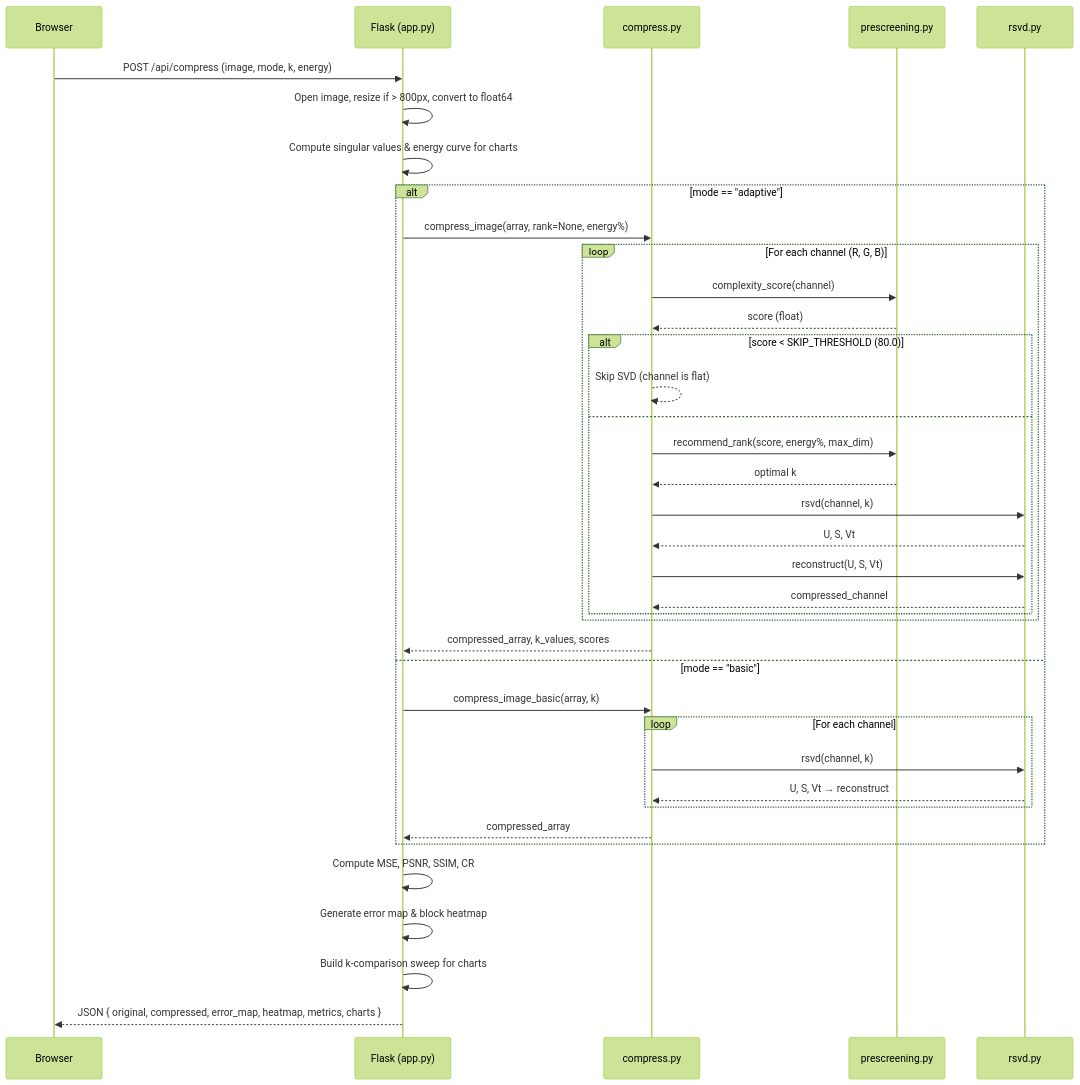
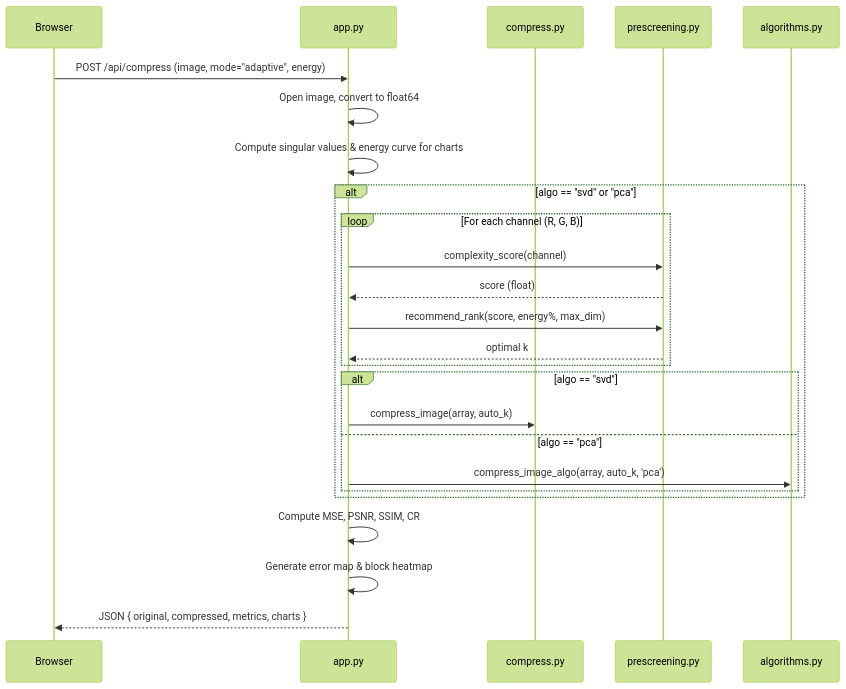
Before and after one commit to raghavkp2006-ux/svdcompressor: the second of 2 diagrams in README.md, drawn with Mermaid (forest theme). The commit also changed other lines of this file and 6 other files, not shown here.

Commit message:
Implement PCA, NMF, DCT, Adaptive mode for PCA, and Algorithm Speed Benchmark

````diff
--- a/README.md
+++ b/README.md
@@ -47,43 +56,32 @@
 ```mermaid
 sequenceDiagram
     participant Browser
-    participant Flask as Flask (app.py)
+    participant Flask as app.py
     participant compress as compress.py
     participant prescreening as prescreening.py
-    participant rsvd as rsvd.py
+    participant algo as algorithms.py
 
-    Browser->>Flask: POST /api/compress (image, mode, k, energy)
-    Flask->>Flask: Open image, resize if > 800px, convert to float64
+    Browser->>Flask: POST /api/compress (image, mode="adaptive", energy)
+    Flask->>Flask: Open image, convert to float64
     Flask->>Flask: Compute singular values & energy curve for charts
 
-    alt mode == "adaptive"
-        Flask->>compress: compress_image(array, rank=None, energy%)
+    alt algo == "svd" or "pca"
         loop For each channel (R, G, B)
-            compress->>prescreening: complexity_score(channel)
-            prescreening-->>compress: score (float)
-            alt score < SKIP_THRESHOLD (80.0)
-                compress-->>compress: Skip SVD (channel is flat)
-            else
-                compress->>prescreening: recommend_rank(score, energy%, max_dim)
-                prescreening-->>compress: optimal k
-                compress->>rsvd: rsvd(channel, k)
-                rsvd-->>compress: U, S, Vt
-                compress->>rsvd: reconstruct(U, S, Vt)
-                rsvd-->>compress: compressed_channel
-            end
+            Flask->>prescreening: complexity_score(channel)
+            prescreening-->>Flask: score (float)
+            Flask->>prescreening: recommend_rank(score, energy%, max_dim)
+            prescreening-->>Flask: optimal k
         end
-        compress-->>Flask: compressed_array, k_values, scores
-    else mode == "basic"
-        Flask->>compress: compress_image_basic(array, k)
-        loop For each channel
-            compress->>rsvd: rsvd(channel, k)
-            rsvd-->>compress: U, S, Vt → reconstruct
+        
+        alt algo == "svd"
+            Flask->>compress: compress_image(array, auto_k)
+        else algo == "pca"
+            Flask->>algo: compress_image_algo(array, auto_k, 'pca')
         end
-        compress-->>Flask: compressed_array
+        
     end
 
     Flask->>Flask: Compute MSE, PSNR, SSIM, CR
     Flask->>Flask: Generate error map & block heatmap
-    Flask->>Flask: Build k-comparison sweep for charts
-    Flask-->>Browser: JSON { original, compressed, error_map, heatmap, metrics, charts }
+    Flask-->>Browser: JSON { original, compressed, metrics, charts }
 ```
````
